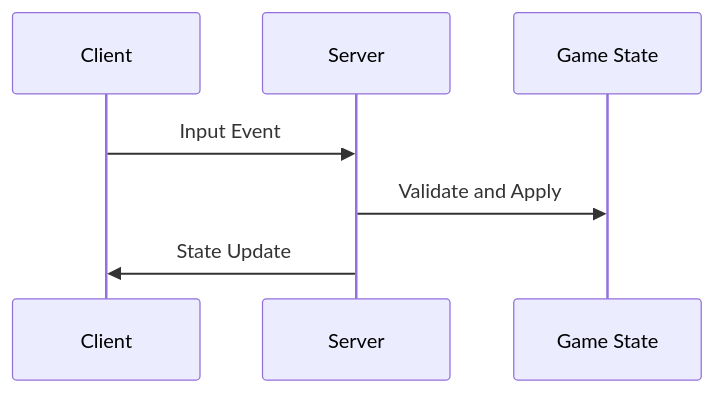
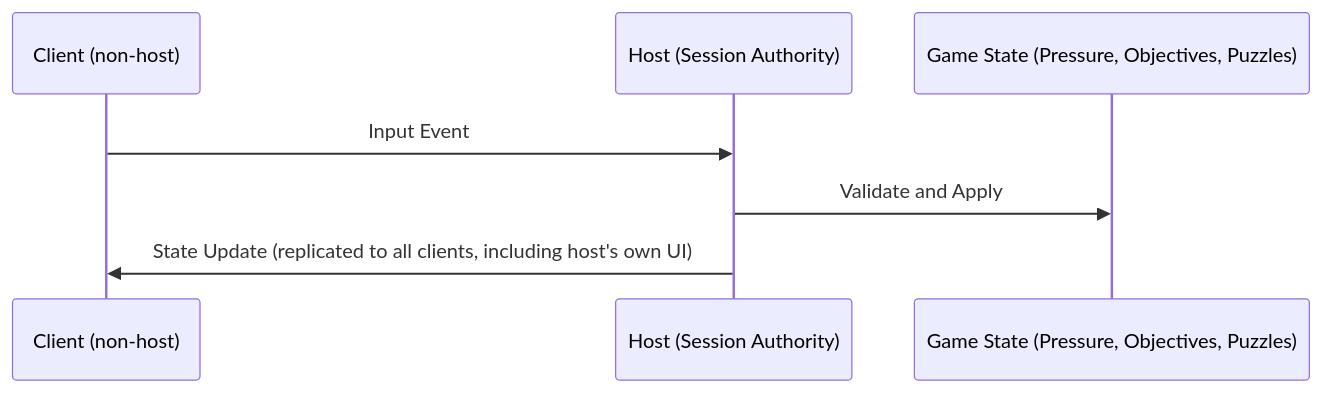
The second of 2 diagrams in Project-Echo/technical/NetworkArchitecture.md (snehadpatel/QuestBit), drawn with Mermaid before and after one commit. The commit also changed other lines of this file and 16 other files, not shown here.

````diff
--- a/Project-Echo/technical/NetworkArchitecture.md
+++ b/Project-Echo/technical/NetworkArchitecture.md
@@ -38,9 +46,9 @@
 ```mermaid
 sequenceDiagram
-    participant C as Client
-    participant S as Server
-    participant G as Game State
-    C->>S: Input Event
-    S->>G: Validate and Apply
-    S->>C: State Update
+    participant C as Client (non-host)
+    participant H as Host (Session Authority)
+    participant G as Game State (Pressure, Objectives, Puzzles)
+    C->>H: Input Event
+    H->>G: Validate and Apply
+    H->>C: State Update (replicated to all clients, including host's own UI)
 ```
````
